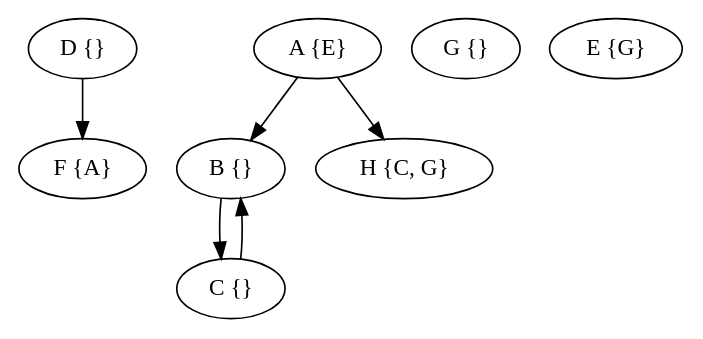
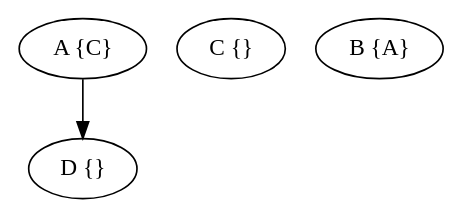
Before and after one commit to GiovA07/Pointer_Analysis: the diagram in output/grafo.dot, drawn with Graphviz. The commit also changed 5 other files, not shown here.

```diff
--- a/output/grafo.dot
+++ b/output/grafo.dot
@@ -1,18 +1,10 @@
 digraph{
 
 rankdir=TB;
 
 D [label="D {}"];
-F [label="F {A}"];
-A [label="A {E}"];
-B [label="B {}"];
-G [label="G {}"];
-E [label="E {G}"];
 C [label="C {}"];
-H [label="H {C, G}"];
-D -> F;
-A -> H;
-A -> B;
-B -> C;
-C -> B;
+A [label="A {C}"];
+B [label="B {A}"];
+A -> D;
 }
```
